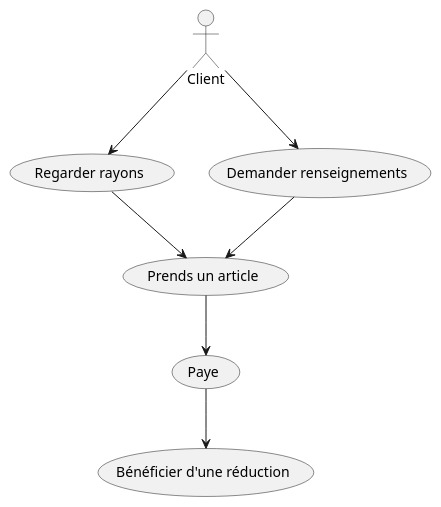
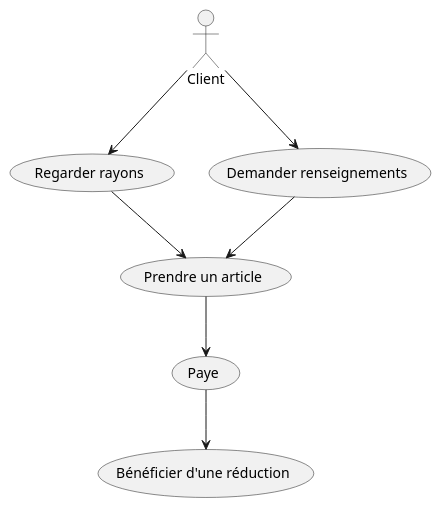
The diagram in TD4/exo2.plantuml (IUT-Blagnac/bcoo-LordHugo02), drawn with PlantUML before and after one commit.

Commit message:
minor fix

```diff
--- a/TD4/exo2.plantuml
+++ b/TD4/exo2.plantuml
@@ -1,41 +1,41 @@
 @startuml Titre
 '--------------------------------
 ' Parametres pour le dessin
 '--------------------------------
 '--http://iut-blagnac.github.io/POO/TD3.html--
 hide circle
 hide empty members
 hide empty methods
 '--------------------------------
 
 '4.2.3
 
 '2.2.1. Énoncé
 'Dans un magasin,
 ' le processus de vente
 '  est le suivant : le client entre, passe dans
 '   les rayons, demande éventuellement des renseignements 
 '   ou procède à des essais, prend des articles (si le 
 '   stock est suffisant), passe à la caisse où il règle 
 '   ses achats (avec tout moyen de paiement accepté). 
 '   Il peut éventuellement bénéficier d’une réduction.
 
 
 
 
 actor Client
 usecase (Regarder rayons) as Regarder 
 usecase (Demander renseignements) as Demander 
-usecase (Prends un article) as Prendre 
+usecase (Prendre un article) as Prendre 
 usecase (Paye) as Payer
 usecase (Bénéficier d'une réduction) as Reduction
 
 Client --> Regarder
 Client --> Demander
 Demander --> Prendre 
 Regarder --> Prendre 
 Prendre --> Payer 
 Payer --> Reduction
 
 
 @enduml
```
